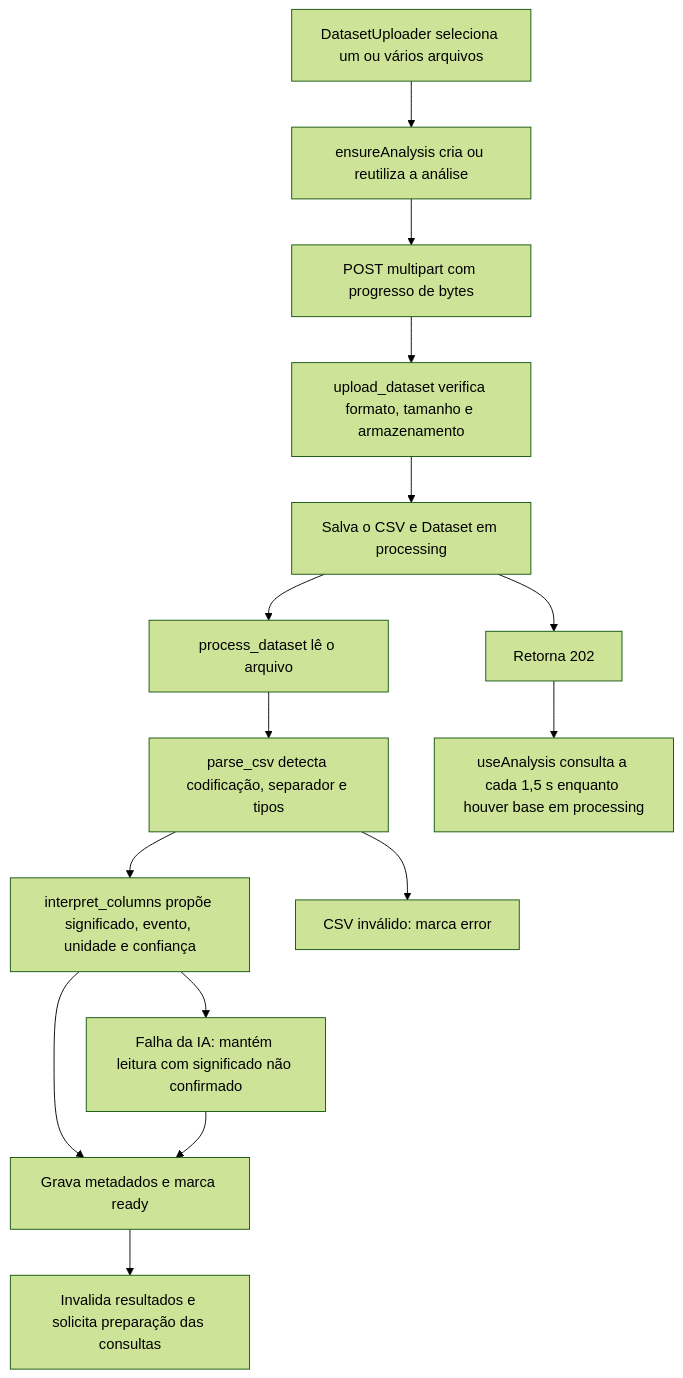
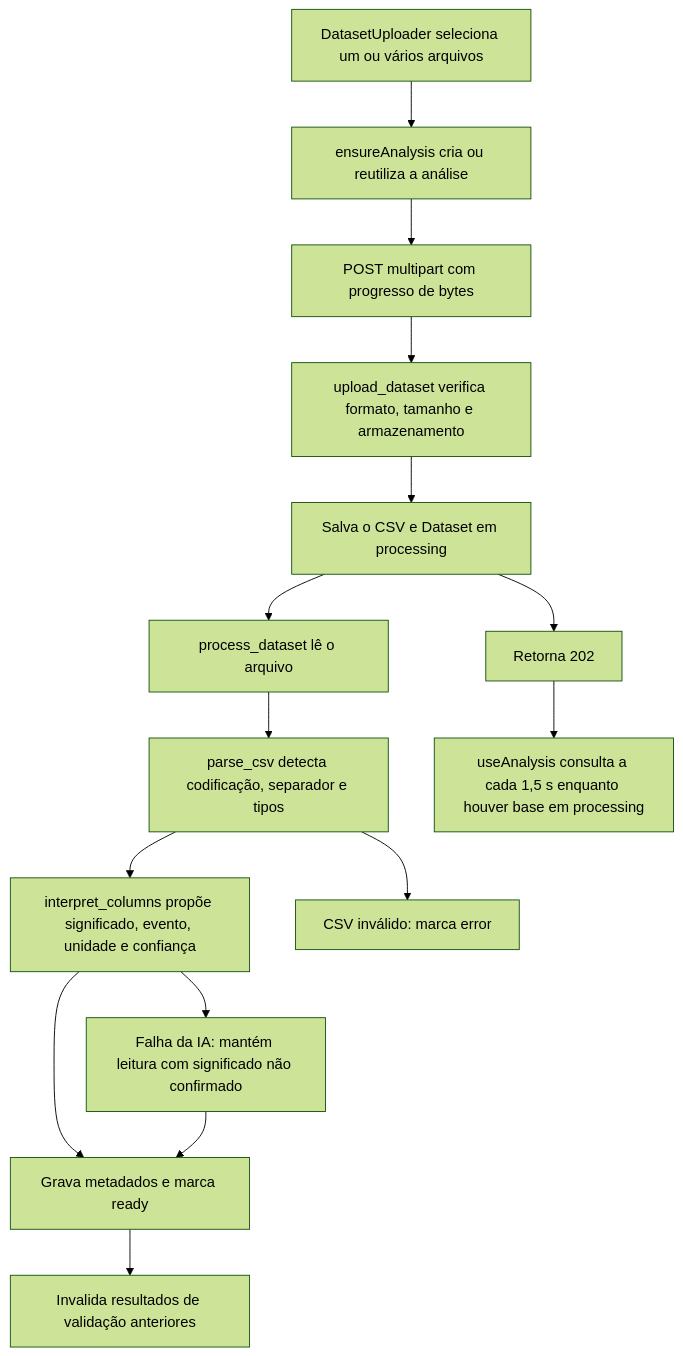
One commit to brunpena/ic-grifo changed the second of 9 diagrams in docs/fluxos.md. Above: the diagram before and after it, drawn with Mermaid (forest theme). The commit also changed other lines of this file and 9 other files, not shown here.

Commit message:
docs: describe the guided highlight flow for creating rules

````diff
--- a/docs/fluxos.md
+++ b/docs/fluxos.md
@@ -41,17 +41,17 @@
 ```mermaid
 flowchart TD
     A["DatasetUploader seleciona um ou vários arquivos"] --> B["ensureAnalysis cria ou reutiliza a análise"]
     B --> C["POST multipart com progresso de bytes"]
     C --> D["upload_dataset verifica formato, tamanho e armazenamento"]
     D --> E["Salva o CSV e Dataset em processing"]
     E --> F["Retorna 202"]
     E --> G["process_dataset lê o arquivo"]
     G --> H["parse_csv detecta codificação, separador e tipos"]
     H --> I["interpret_columns propõe significado, evento, unidade e confiança"]
     I --> J["Grava metadados e marca ready"]
     H --> K["CSV inválido: marca error"]
     I --> L["Falha da IA: mantém leitura com significado não confirmado"]
     L --> J
-    J --> M["Invalida resultados e solicita preparação das consultas"]
+    J --> M["Invalida resultados de validação anteriores"]
     F --> N["useAnalysis consulta a cada 1,5 s enquanto houver base em processing"]
 ```
````
